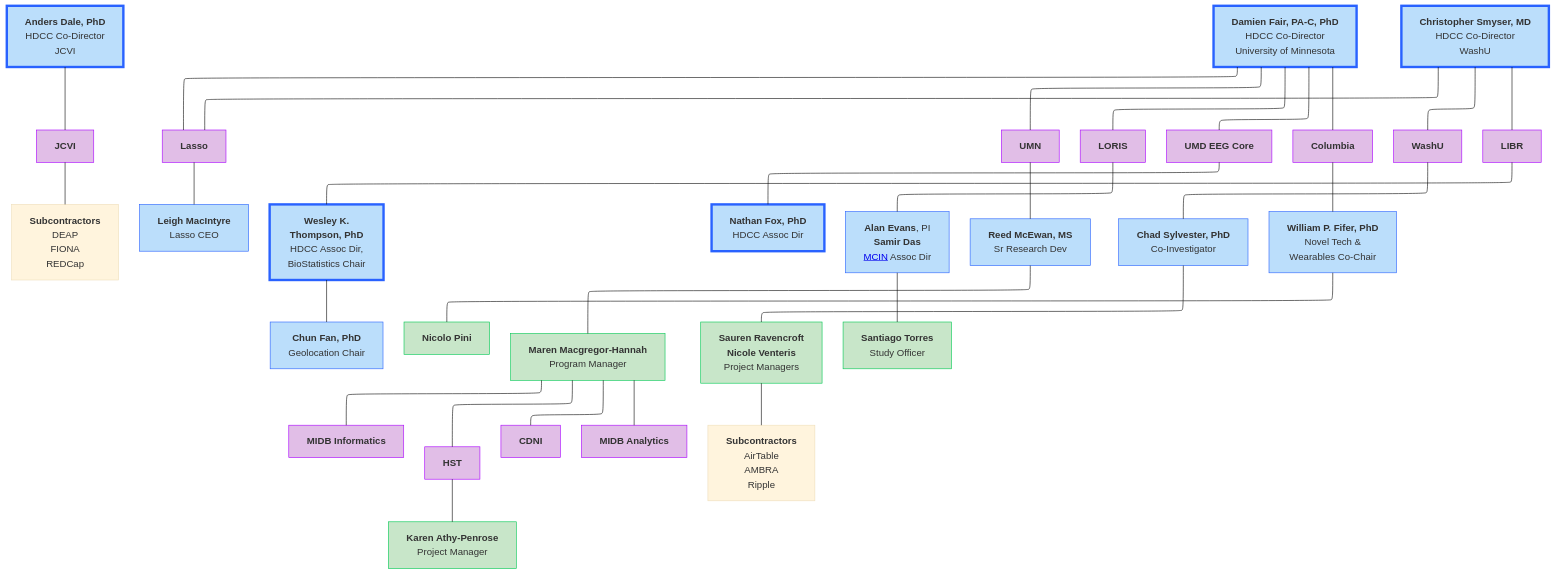
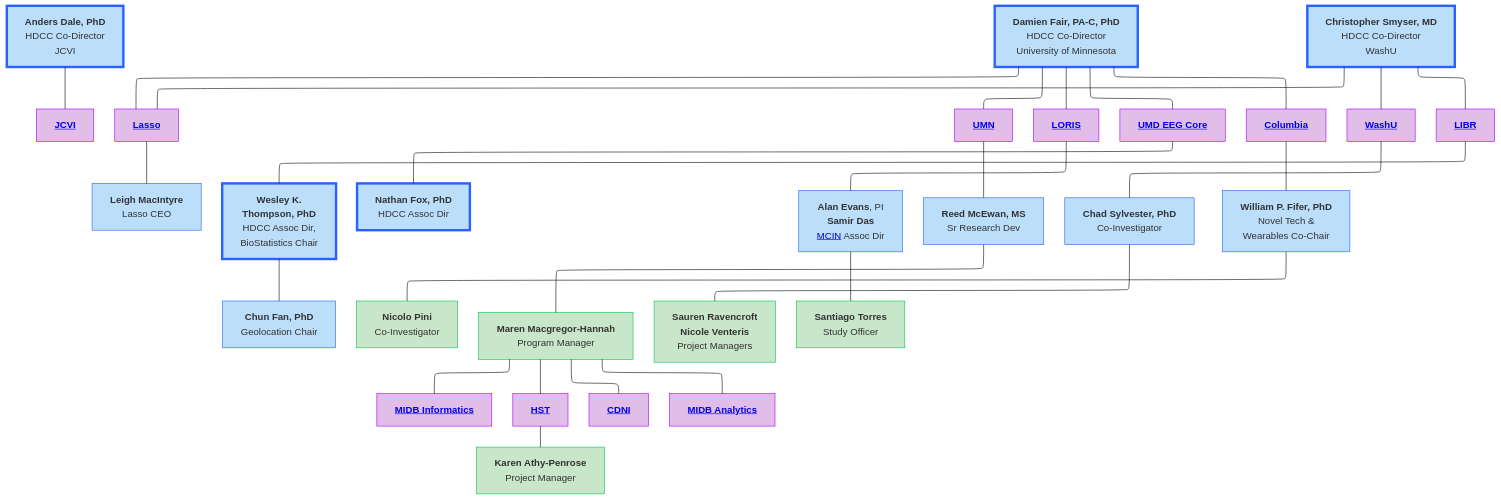
One commit to DCAN-Labs/hbcd-docs-internal changed the first of 3 diagrams in docs/orgcharts.md. Above: the diagram before and after it, drawn with Mermaid (base theme). The commit also changed other lines of this file and 68 other files, not shown here.

````diff
--- a/docs/orgcharts.md
+++ b/docs/orgcharts.md
@@ -17,71 +28,67 @@
 ```mermaid
 ---
 config:
   layout: elk
 ---
 flowchart TB
-    n2["<b>Anders Dale, PhD<br></b>HDCC Co-Director<br>JCVI"] --- jcvi["<b>JCVI</b>"]
-    jcvi --- jcviSC["<b>Subcontractors</b><br>DEAP<br>FIONA<br>REDCap"]
-    E["<b>Damien Fair, PA-C, PhD</b><br>HDCC Co-Director<br>University of Minnesota"] --- lasso["<b>Lasso</b>"] & umn["<b>UMN</b>"] & n7["<b>LORIS</b>"] & n8["<b>UMD EEG Core</b>"] & n11["<b>Columbia</b>"]
+    n2["<b>Anders Dale, PhD<br></b>HDCC Co-Director<br>JCVI"] --- jcvi["<a href="#j-craig-venter-institute" target="_top"><b>JCVI</b></a>"]
+    E["<b>Damien Fair, PA-C, PhD</b><br>HDCC Co-Director<br>University of Minnesota"] --- lasso["<a href="#lasso" target="_top"><b>Lasso</b></a>"] & umn["<a href="#university-of-minnesota" target="_top"><b>UMN</b></a>"] & n7["<a href="#loris" target="_top"><b>LORIS</b></a>"] & n8["<a href="#university-of-maryland" target="_top"><b>UMD EEG Core</b></a>"] & n11["<a href="#columbia-university" target="_top"><b>Columbia</b></a>"]
     lasso --- lasso1["<b>Leigh MacIntyre</b><br>Lasso CEO"]
-    n1["<b>Christopher Smyser, MD<br></b>HDCC Co-Director<br>WashU"] --- n10["<b>WashU</b>"] & n12["<b>LIBR</b>"] & lasso
+    n1["<b>Christopher Smyser, MD<br></b>HDCC Co-Director<br>WashU"] --- n10["<a href="#washu" target="_top"><b>WashU</b></a>"] & n12["<a href="#libr" target="_top"><b>LIBR</b></a>"] & lasso
     n16["<b>Wesley K.<br>Thompson, PhD</b><br>HDCC Assoc Dir,<br>BioStatistics Chair"] --- n17["<b>Chun Fan, PhD</b><br>Geolocation Chair"]
     n12 --- n16
     n8 --- n19["<b>Nathan Fox, PhD<br></b>HDCC Assoc Dir"]
     n7 --- n20["<b>Alan Evans</b>, PI<br><b>Samir Das</b><br><a href="https://mcin.ca/about-mcin/" target="_blank">MCIN</a> Assoc Dir"]
     umn --- reed["<b>Reed McEwan, MS</b><br>Sr Research Dev"]
     n10 --- n22["<b>Chad Sylvester, PhD</b><br>Co-Investigator"]
     n11 --- n18["<b>William P. Fifer, PhD</b><br>Novel Tech &<br>Wearables Co-Chair"]
-    n18 --- n34["<b>Nicolo Pini</b>"]
+    n18 --- n34["<b>Nicolo Pini</b><br>Co-Investigator"]
     reed --- n30["<b>Maren Macgregor-Hannah</b><br>Program Manager"]
-    n30 --- n25["<b>MIDB Informatics</b>"]
-    n30 --- n27["<b>HST</b>"]
-    n30 --- n28["<b>CDNI</b>"]
-    n30 --- n29["<b>MIDB Analytics</b>"]
+    n30 --- n25["<a href="#midb-informatics-hub-msi" target="_top"><b>MIDB Informatics</b></a>"]
+    n30 --- n27["<a href="#health-sciences-technology" target="_top"><b>HST</b></a>"]
+    n30 --- n28["<a href="#center-for-developmental-neuroimaging" target="_top"><b>CDNI</b></a>"]
+    n30 --- n29["<a href="#midb-analytics-hub" target="_top"><b>MIDB Analytics</b></a>"]
     n27 --- n31["<b>Karen Athy-Penrose</b><br>Project Manager"]
     n22 --- n32["<b>Sauren Ravencroft<br>Nicole Venteris</b><br>Project Managers"]
-    n32 --- washuSC["<b>Subcontractors</b><br>AirTable<br>AMBRA<br>Ripple"]
     n20 --- n33["<b>Santiago Torres</b><br>Study Officer"]
     style n2 fill:#BBDEFB,stroke:#2962FF,stroke-width:4px
     style jcvi fill:#E1BEE7,stroke:#AA00FF
     style E fill:#BBDEFB,stroke:#2962FF,stroke-width:4px
     style lasso fill:#E1BEE7,stroke:#AA00FF
     style umn fill:#E1BEE7,stroke:#AA00FF
     style n7 fill:#E1BEE7,stroke:#AA00FF
     style n8 fill:#E1BEE7,stroke:#AA00FF
     style n11 fill:#E1BEE7,stroke:#AA00FF
     style lasso1 fill:#BBDEFB,stroke:#2962FF
     style n1 fill:#BBDEFB,stroke:#2962FF,stroke-width:4px
     style n10 fill:#E1BEE7,stroke:#AA00FF
     style n12 fill:#E1BEE7,stroke:#AA00FF
     style n16 fill:#BBDEFB,stroke:#2962FF,stroke-width:4px
     style n17 fill:#BBDEFB,stroke:#2962FF
     style n19 fill:#BBDEFB,stroke:#2962FF,stroke-width:4px
     style n20 fill:#BBDEFB,stroke:#2962FF
     style reed fill:#BBDEFB,stroke:#2962FF
     style n22 fill:#BBDEFB,stroke:#2962FF
     style n18 fill:#BBDEFB,stroke:#2962FF
     style n25 fill:#E1BEE7,stroke:#AA00FF
     style n27 fill:#E1BEE7,stroke:#AA00FF
     style n28 fill:#E1BEE7,stroke:#AA00FF
     style n29 fill:#E1BEE7,stroke:#AA00FF
     style n30 fill:#C8E6C9,stroke:#00C853
     style n31 fill:#C8E6C9,stroke:#00C853
     style n32 fill:#C8E6C9,stroke:#00C853
     style n33 fill:#C8E6C9,stroke:#00C853
     style n34 fill:#C8E6C9,stroke:#00C853
     click jcvi "#j-craig-venter-institute"
     click lasso "#lasso"
     click umn "#university-of-minnesota"
     click n7 "#loris"
     click n8 "#university-of-maryland"
     click n10 "#washu"
     click n25 "#midb-informatics-hub-msi"
     click n29 "#midb-analytics-hub"
     click n27 "#health-sciences-technology"
     click n28 "#center-for-developmental-neuroimaging"
     click n12 "#libr"
     click n11 "#columbia-university"
-    click jcviSC "#subcontractor-details_1"
-    click washuSC "#subcontractor-details"
 ```
````
